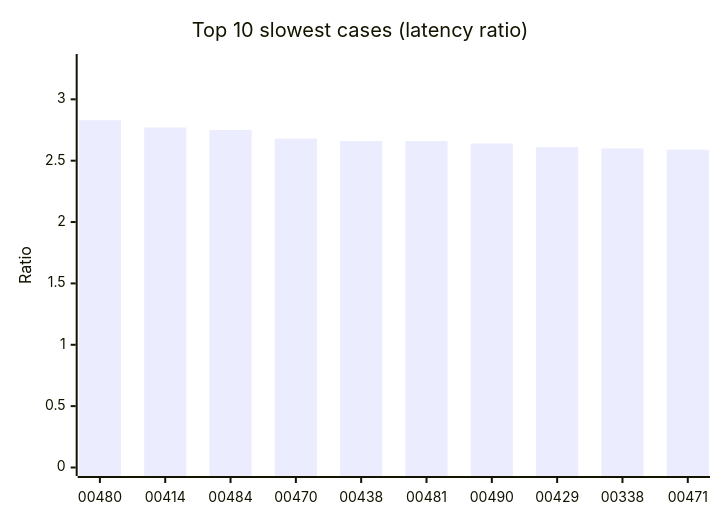
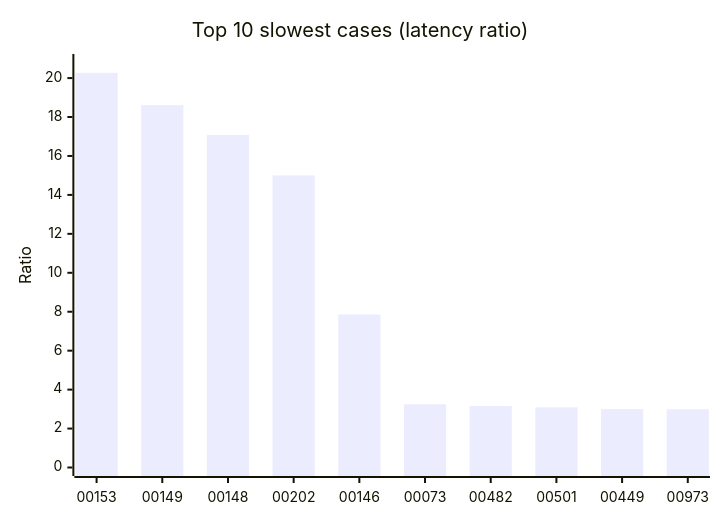
One commit to neverhuman/RedlineDB changed the first of 3 diagrams in README.md. Above: the diagram before and after it, drawn with Mermaid. The commit also changed other lines of this file and 4 other files, not shown here.

````diff
--- a/README.md
+++ b/README.md
@@ -70,7 +70,7 @@
 ```mermaid
 xychart-beta
     title "Top 10 slowest cases (latency ratio)"
-    x-axis ["00480","00414","00484","00470","00438","00481","00490","00429","00338","00471"]
-    y-axis "Ratio" 0 --> 3.3
-    bar [2.83,2.77,2.75,2.68,2.66,2.66,2.64,2.61,2.60,2.59]
+    x-axis ["00153","00149","00148","00202","00146","00073","00482","00501","00449","00973"]
+    y-axis "Ratio" 0 --> 20.8
+    bar [20.27,18.61,17.08,15.00,7.86,3.25,3.16,3.09,3.00,2.99]
 ```
````
